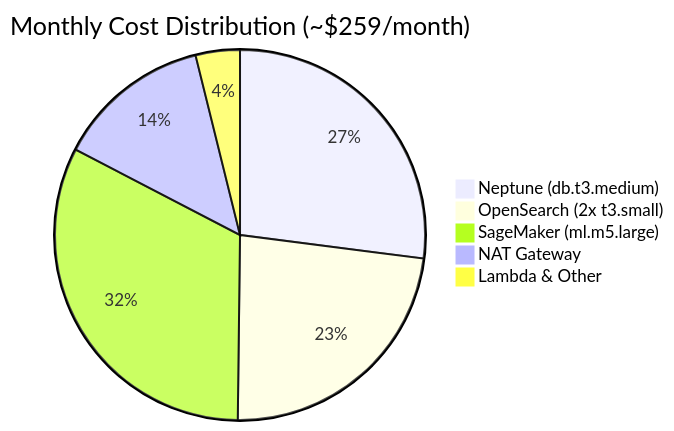
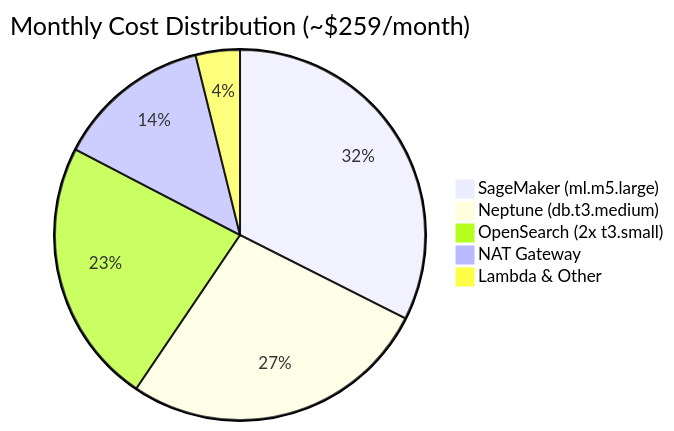
One commit to asko123/ontology_IAC_AWS_CDK changed the ninth of 12 diagrams in ARCHITECTURE_DIAGRAM.md. Above: the diagram before and after it, drawn with Mermaid. The commit also changed other lines of this file and 3 other files, not shown here.

First line of the commit message:
Add comprehensive SageMaker cost estimation and convert cost breakdown to table

````diff
--- a/ARCHITECTURE_DIAGRAM.md
+++ b/ARCHITECTURE_DIAGRAM.md
@@ -369,8 +395,8 @@
 ```mermaid
 pie title Monthly Cost Distribution (~$259/month)
+    "SageMaker (ml.m5.large)" : 84
     "Neptune (db.t3.medium)" : 70
     "OpenSearch (2x t3.small)" : 60
-    "SageMaker (ml.m5.large)" : 84
     "NAT Gateway" : 35
     "Lambda & Other" : 10
 ```
````
